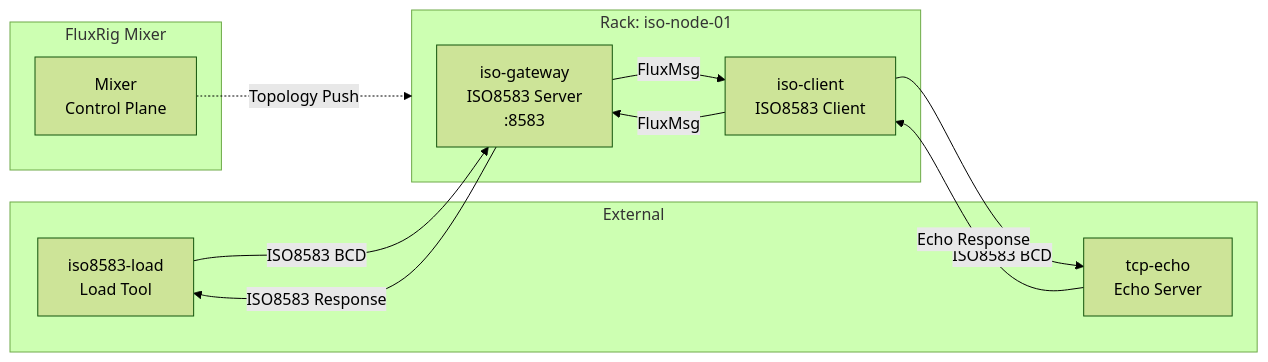
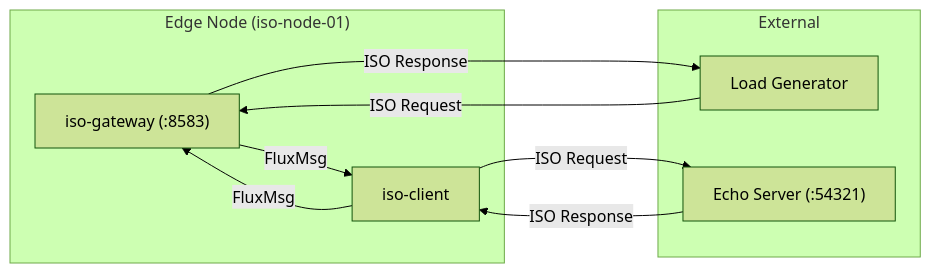
One commit to jaab-tech/fluxrig changed the first of 4 diagrams in test/robot/suites/iso8583/README.md. Above: the diagram before and after it, drawn with Mermaid (forest theme). The commit also changed other lines of this file and 58 other files, not shown here.

````diff
--- a/test/robot/suites/iso8583/README.md
+++ b/test/robot/suites/iso8583/README.md
@@ -11,25 +34,19 @@
 ```mermaid
 graph LR
+    subgraph "Edge Node (iso-node-01)"
+        IG["iso-gateway (:8583)"]
+        IC["iso-client"]
+    end
+    
     subgraph "External"
-        LT["iso8583-load<br>Load Tool"]
-        ES["tcp-echo<br>Echo Server"]
+        LT["Load Generator"]
+        ES["Echo Server (:54321)"]
     end
 
-    subgraph MX["FluxRig Mixer"]
-        M["Mixer<br>Control Plane"]
-    end
-
-    subgraph RK["Rack: iso-node-01"]
-        IG["iso-gateway<br>ISO8583 Server<br>:8583"]
-        IC["iso-client<br>ISO8583 Client"]
-    end
-
-    LT -->|"ISO8583 BCD"| IG
+    LT -->|"ISO Request"| IG
     IG -->|"FluxMsg"| IC
-    IC -->|"ISO8583 BCD"| ES
-    ES -->|"Echo Response"| IC
+    IC -->|"ISO Request"| ES
+    ES -->|"ISO Response"| IC
     IC -->|"FluxMsg"| IG
-    IG -->|"ISO8583 Response"| LT
-    
-    M -.->|"Topology Push"| RK
+    IG -->|"ISO Response"| LT
 ```
````
